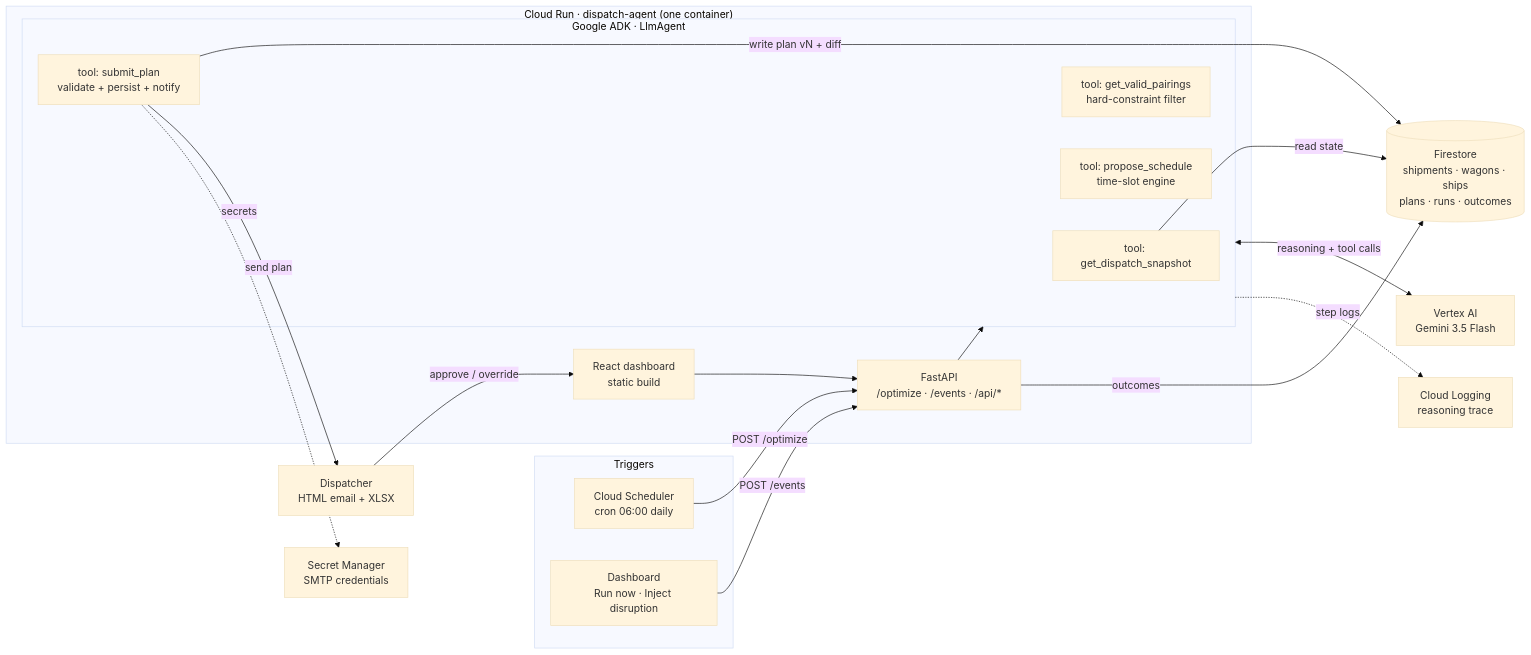
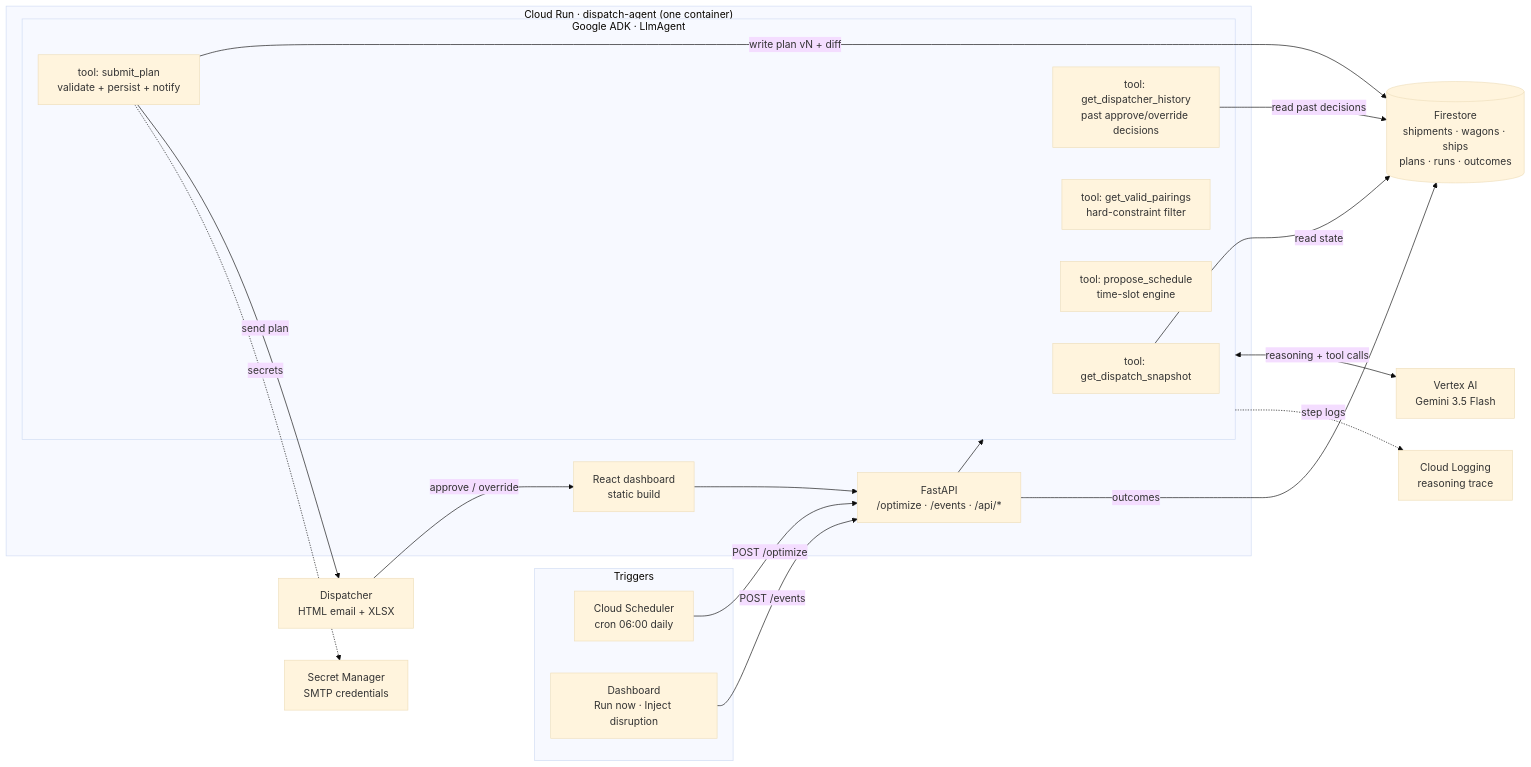
Before and after one commit to A-Arzu/Alat-Freight: the diagram in README.md, drawn with Mermaid (base theme). The commit also changed other lines of this file and 20 other files, not shown here.

````diff
--- a/README.md
+++ b/README.md
@@ -71,34 +77,36 @@
 ```mermaid
 flowchart LR
     subgraph TRIG["Triggers"]
         CS["Cloud Scheduler<br/>cron 06:00 daily"]
         UI["Dashboard<br/>Run now · Inject disruption"]
     end
     subgraph CR["Cloud Run · dispatch-agent (one container)"]
         API["FastAPI<br/>/optimize · /events · /api/*"]
         subgraph AGENT["Google ADK · LlmAgent"]
             T1["tool: get_dispatch_snapshot"]
+            T5["tool: get_dispatcher_history<br/>past approve/override decisions"]
             T2["tool: get_valid_pairings<br/>hard-constraint filter"]
             T3["tool: propose_schedule<br/>time-slot engine"]
             T4["tool: submit_plan<br/>validate + persist + notify"]
         end
         WEB["React dashboard<br/>static build"]
     end
     GEM["Vertex AI<br/>Gemini 3.5 Flash"]
     FS[("Firestore<br/>shipments · wagons · ships<br/>plans · runs · outcomes")]
     SM["Secret Manager<br/>SMTP credentials"]
     LOG["Cloud Logging<br/>reasoning trace"]
     DIS["Dispatcher<br/>HTML email + XLSX"]
     CS -->|"POST /optimize"| API
     UI -->|"POST /events"| API
     API --> AGENT
     AGENT <-->|"reasoning + tool calls"| GEM
     T1 -->|"read state"| FS
+    T5 -->|"read past decisions"| FS
     T4 -->|"write plan vN + diff"| FS
     T4 -->|"send plan"| DIS
     T4 -.->|"secrets"| SM
     AGENT -.->|"step logs"| LOG
     DIS -->|"approve / override"| WEB
     WEB --> API
     API -->|"outcomes"| FS
 ```
````
